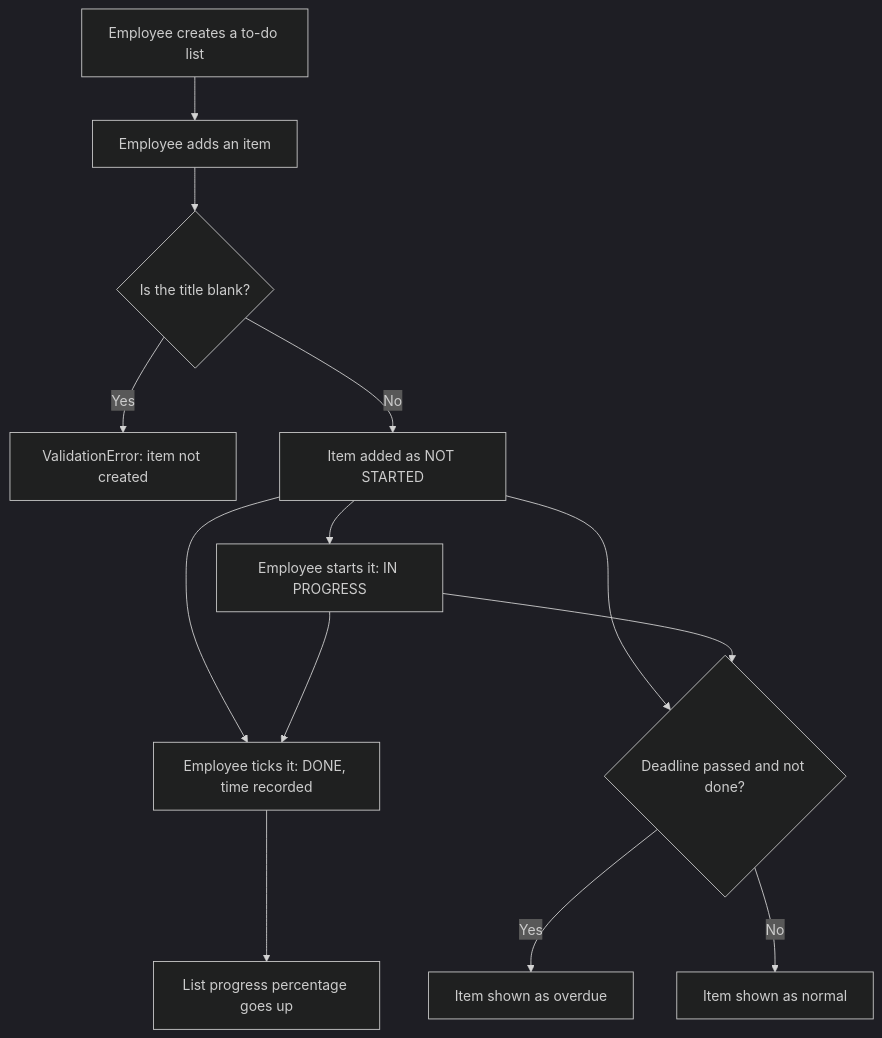
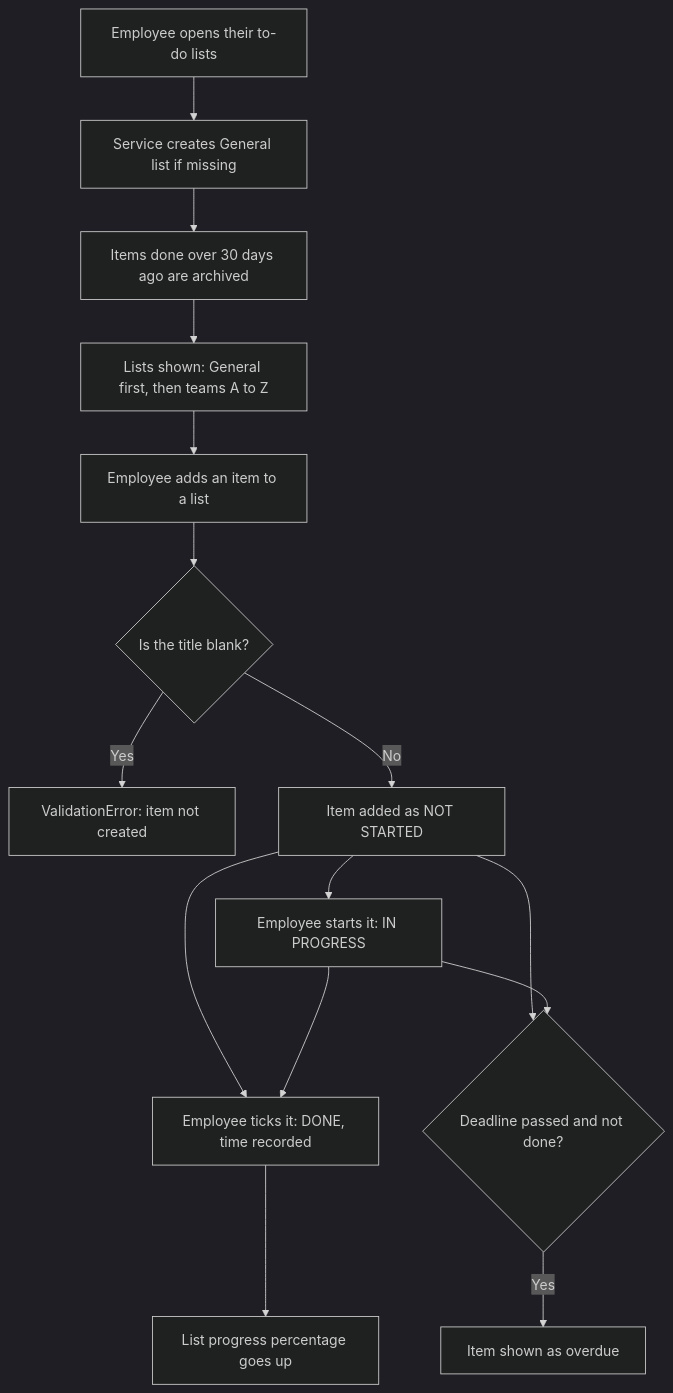
Before and after one commit to JamieMIP/Team-11-Project: the diagram in personal_todo/README.md, drawn with Mermaid (dark theme). The commit also changed other lines of this file and 2 other files, not shown here.

Commit message:
Add custom lists not tied to a team (e.g. Training)

````diff
--- a/personal_todo/README.md
+++ b/personal_todo/README.md
@@ -24,15 +11,17 @@
 ```mermaid
 flowchart TD
-    A["Employee creates a to-do list"] --> B["Employee adds an item"]
-    B --> C{"Is the title blank?"}
-    C -- Yes --> D["ValidationError: item not created"]
-    C -- No --> E["Item added as NOT STARTED"]
-    E --> F["Employee starts it: IN PROGRESS"]
-    E --> G["Employee ticks it: DONE, time recorded"]
-    F --> G
-    G --> H["List progress percentage goes up"]
-    E --> I{"Deadline passed and not done?"}
-    F --> I
-    I -- Yes --> J["Item shown as overdue"]
-    I -- No --> K["Item shown as normal"]
+    A["Employee opens their to-do lists"] --> B["Service creates General list if missing"]
+    B --> C["Items done over 30 days ago are archived"]
+    C --> D["Lists shown: General first, then teams A to Z"]
+    D --> E["Employee adds an item to a list"]
+    E --> F{"Is the title blank?"}
+    F -- Yes --> G["ValidationError: item not created"]
+    F -- No --> H["Item added as NOT STARTED"]
+    H --> I["Employee starts it: IN PROGRESS"]
+    H --> J["Employee ticks it: DONE, time recorded"]
+    I --> J
+    J --> K["List progress percentage goes up"]
+    H --> L{"Deadline passed and not done?"}
+    I --> L
+    L -- Yes --> M["Item shown as overdue"]
 ```
````
